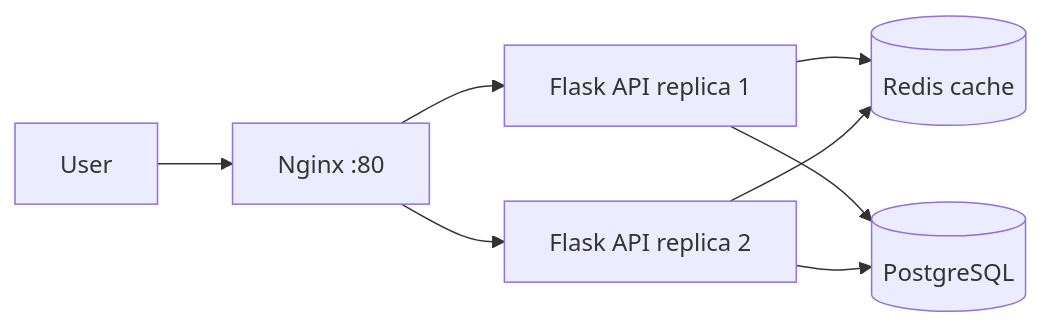
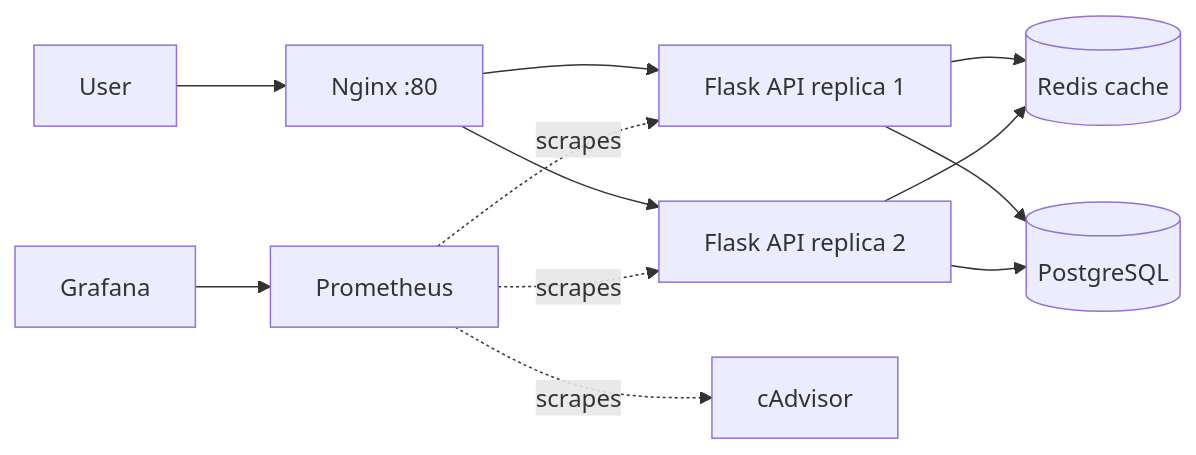
Before and after one commit to Nithish-delsm/docker-url-platform: the diagram in README.md, drawn with Mermaid. The commit also changed other lines of this file and 3 other files, not shown here.

````diff
--- a/README.md
+++ b/README.md
@@ -7,10 +7,14 @@
 ```mermaid
 flowchart LR
   U[User] --> N[Nginx :80]
   N --> A1[Flask API replica 1]
   N --> A2[Flask API replica 2]
   A1 --> R[(Redis cache)]
   A2 --> R
   A1 --> P[(PostgreSQL)]
   A2 --> P
+  PR[Prometheus] -. scrapes .-> A1
+  PR -. scrapes .-> A2
+  PR -. scrapes .-> C[cAdvisor]
+  G[Grafana] --> PR
 ```
````
